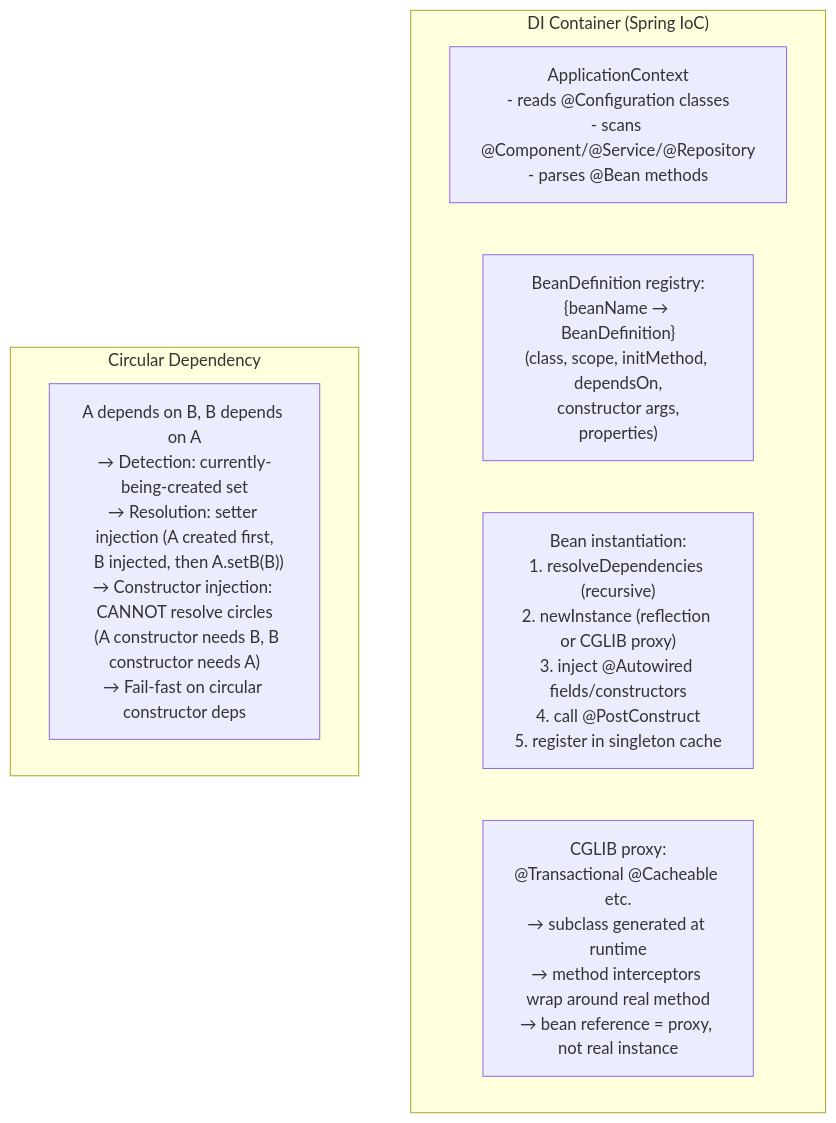
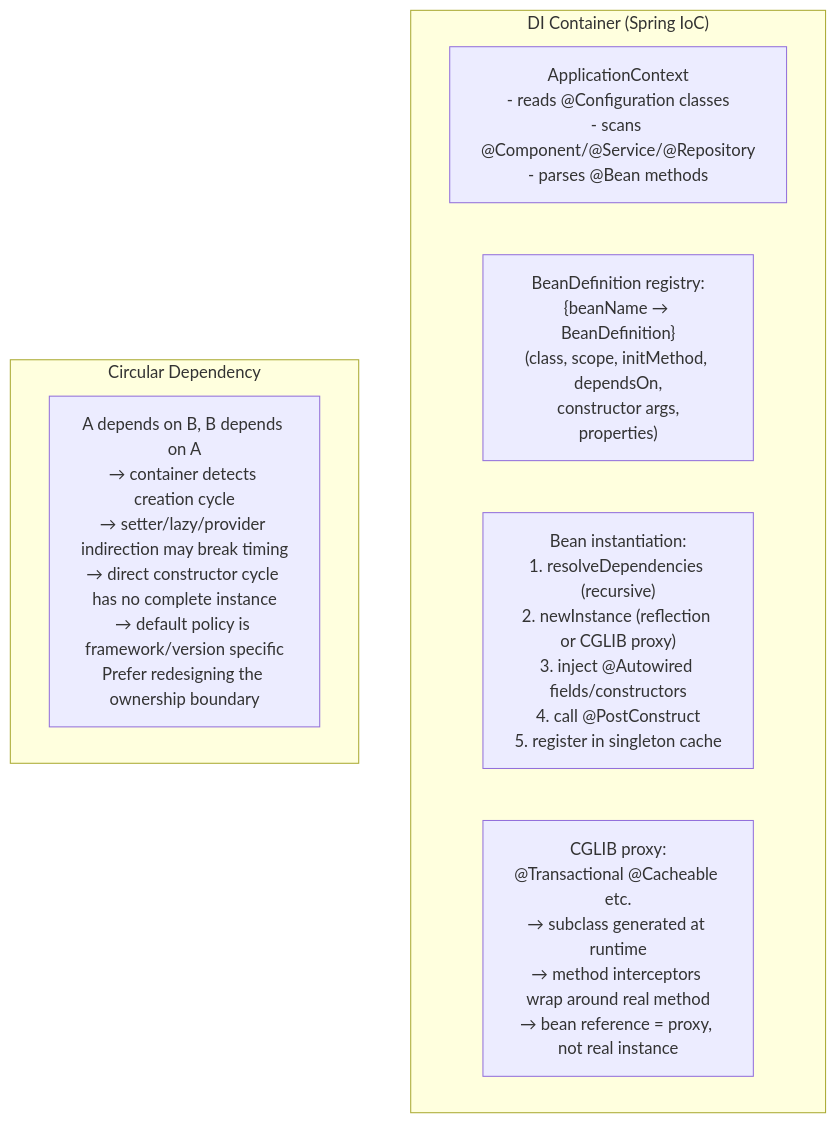
Before and after one commit to choisimo/document: the third of 21 diagrams in content/docs/books/cs-reference/ko/software-engineering-internals.md, drawn with Mermaid. The commit also changed other lines of this file and 504 other files, not shown here.

````diff
--- a/content/docs/books/cs-reference/ko/software-engineering-internals.md
+++ b/content/docs/books/cs-reference/ko/software-engineering-internals.md
@@ -52,13 +60,13 @@
 ```mermaid
 flowchart TD
     subgraph "DI Container (Spring IoC)"
         Config["ApplicationContext\n- reads @Configuration classes\n- scans @Component/@Service/@Repository\n- parses @Bean methods"]
         BeanDef["BeanDefinition registry:\n{beanName → BeanDefinition}\n(class, scope, initMethod, dependsOn,\n constructor args, properties)"]
         Instantiate["Bean instantiation:\n1. resolveDependencies (recursive)\n2. newInstance (reflection or CGLIB proxy)\n3. inject @Autowired fields/constructors\n4. call @PostConstruct\n5. register in singleton cache"]
         Proxy["CGLIB proxy:\n@Transactional @Cacheable etc.\n→ subclass generated at runtime\n→ method interceptors wrap around real method\n→ bean reference = proxy, not real instance"]
     end
 
     subgraph "Circular Dependency"
-        Circ["A depends on B, B depends on A\n→ Detection: currently-being-created set\n→ Resolution: setter injection (A created first,\n  B injected, then A.setB(B))\n→ Constructor injection: CANNOT resolve circles\n  (A constructor needs B, B constructor needs A)\n→ Fail-fast on circular constructor deps"]
+        Circ["A depends on B, B depends on A\n→ container detects creation cycle\n→ setter/lazy/provider indirection may break timing\n→ direct constructor cycle has no complete instance\n→ default policy is framework/version specific\nPrefer redesigning the ownership boundary"]
     end
 ```
````
